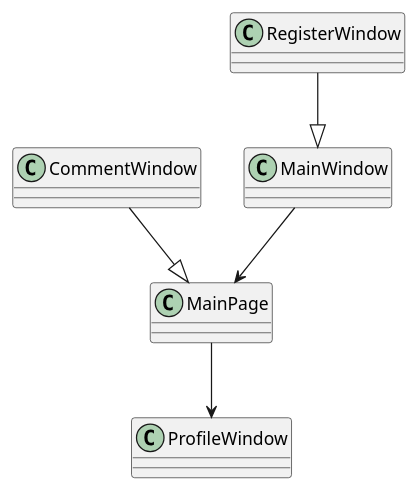
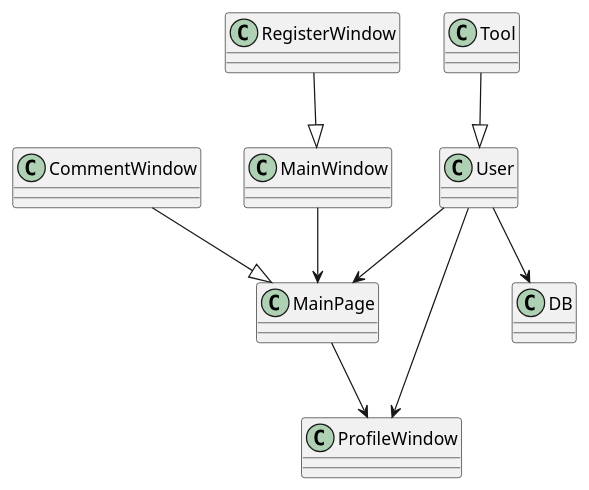
Before and after one commit to samsonitto/itool: the fourth of 4 diagrams in README.md, drawn with PlantUML.

````diff
--- a/README.md
+++ b/README.md
@@ -166,10 +166,14 @@
 ```plantuml
 @startuml
     CommentWindow --|> MainPage
     RegisterWindow --|> MainWindow
     MainWindow --> MainPage
     MainPage --> ProfileWindow
+    User --> MainPage
+    User --> ProfileWindow
+    Tool --|> User
+    User --> DB
     
     
 @enduml
 ```
````
